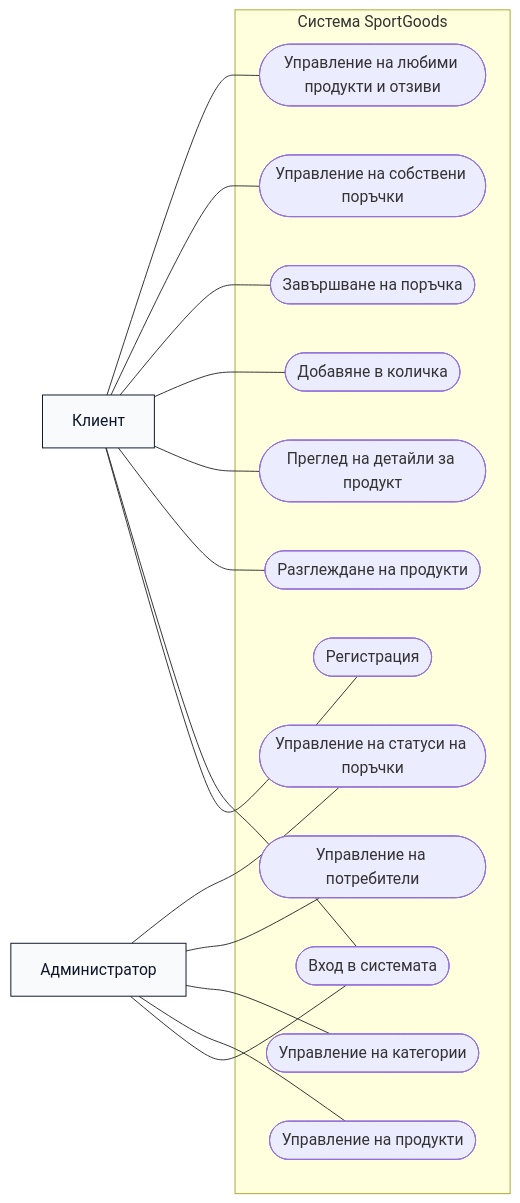
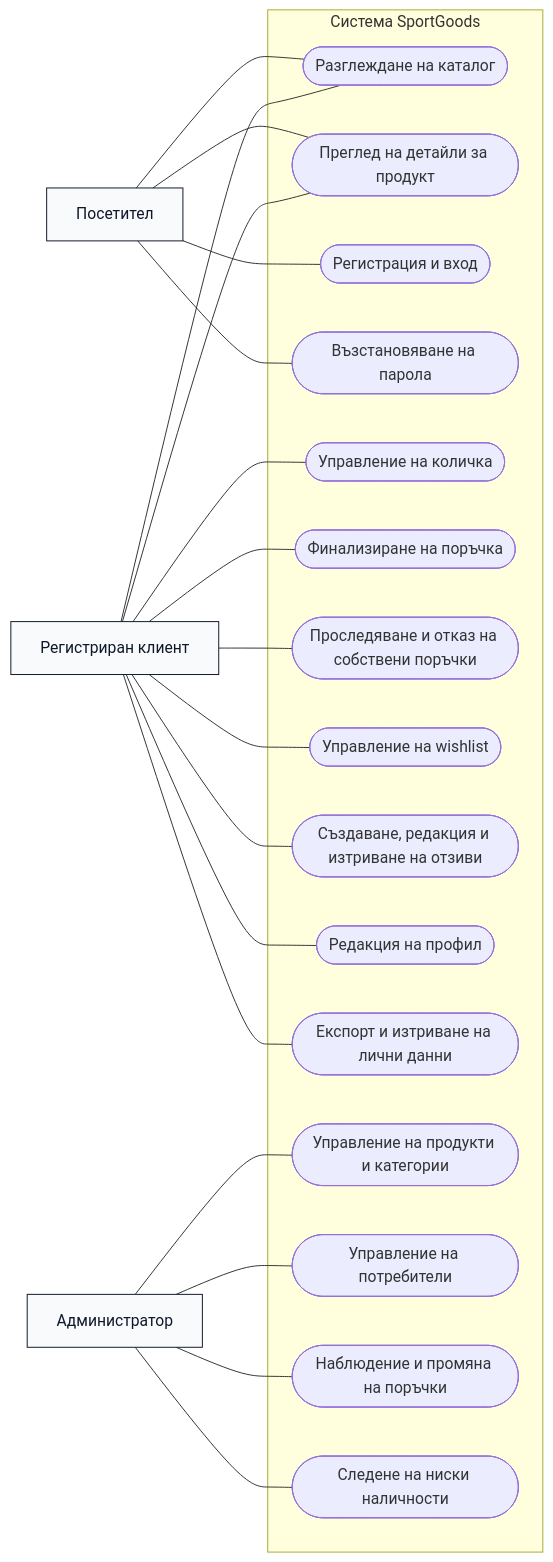
Before and after one commit to IvanovvAlex/SportGoods.Client: the second of 5 diagrams in docs/ProjectDocumentation.bg.md, drawn with Mermaid. The commit also changed other lines of this file and 3 other files, not shown here.

````diff
--- a/docs/ProjectDocumentation.bg.md
+++ b/docs/ProjectDocumentation.bg.md
@@ -103,37 +123,46 @@
 ```mermaid
 flowchart LR
-    Customer["Клиент"]:::actor
+    Visitor["Посетител"]:::actor
+    Customer["Регистриран клиент"]:::actor
     Admin["Администратор"]:::actor
 
     subgraph SportGoods["Система SportGoods"]
-        UC1(["Регистрация"])
-        UC2(["Вход в системата"])
-        UC3(["Разглеждане на продукти"])
-        UC4(["Преглед на детайли за продукт"])
-        UC5(["Добавяне в количка"])
-        UC6(["Завършване на поръчка"])
-        UC7(["Управление на собствени поръчки"])
-        UC8(["Управление на любими продукти и отзиви"])
-        UC9(["Управление на продукти"])
-        UC10(["Управление на категории"])
-        UC11(["Управление на потребители"])
-        UC12(["Управление на статуси на поръчки"])
+        UC1(["Разглеждане на каталог"])
+        UC2(["Преглед на детайли за продукт"])
+        UC3(["Регистрация и вход"])
+        UC4(["Възстановяване на парола"])
+        UC5(["Управление на количка"])
+        UC6(["Финализиране на поръчка"])
+        UC7(["Проследяване и отказ на собствени поръчки"])
+        UC8(["Управление на wishlist"])
+        UC9(["Създаване, редакция и изтриване на отзиви"])
+        UC10(["Редакция на профил"])
+        UC11(["Експорт и изтриване на лични данни"])
+        UC12(["Управление на продукти и категории"])
+        UC13(["Управление на потребители"])
+        UC14(["Наблюдение и промяна на поръчки"])
+        UC15(["Следене на ниски наличности"])
     end
+
+    Visitor --- UC1
+    Visitor --- UC2
+    Visitor --- UC3
+    Visitor --- UC4
 
     Customer --- UC1
     Customer --- UC2
-    Customer --- UC3
-    Customer --- UC4
     Customer --- UC5
     Customer --- UC6
     Customer --- UC7
     Customer --- UC8
+    Customer --- UC9
+    Customer --- UC10
+    Customer --- UC11
 
-    Admin --- UC2
-    Admin --- UC9
-    Admin --- UC10
-    Admin --- UC11
     Admin --- UC12
+    Admin --- UC13
+    Admin --- UC14
+    Admin --- UC15
 
     classDef actor fill:#f8fafc,stroke:#0f172a,stroke-width:1px,color:#0f172a;
 ```
````
